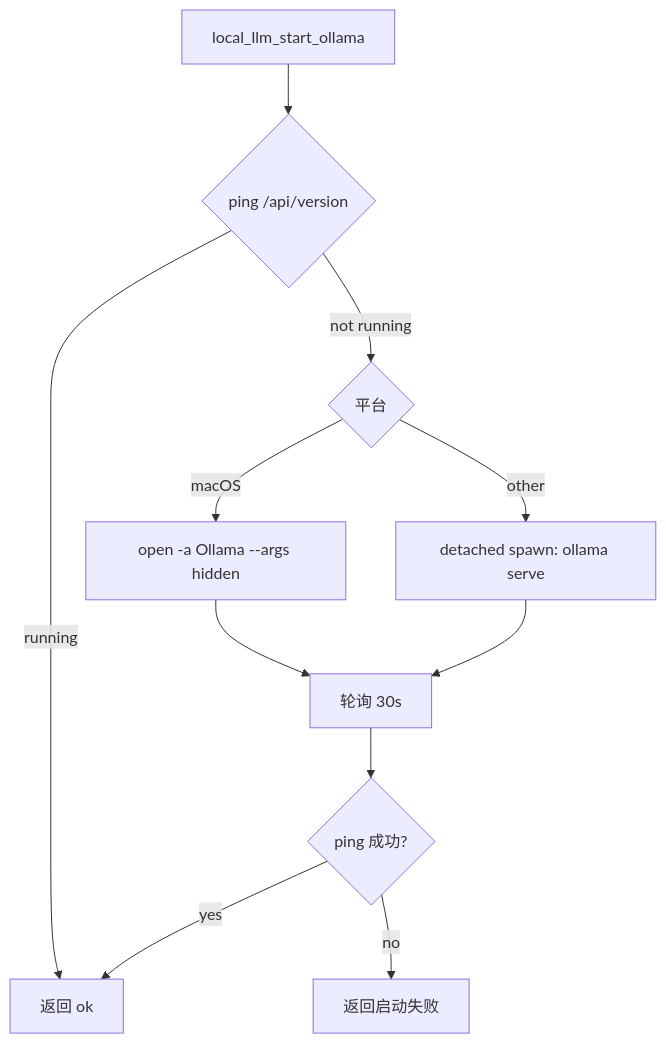
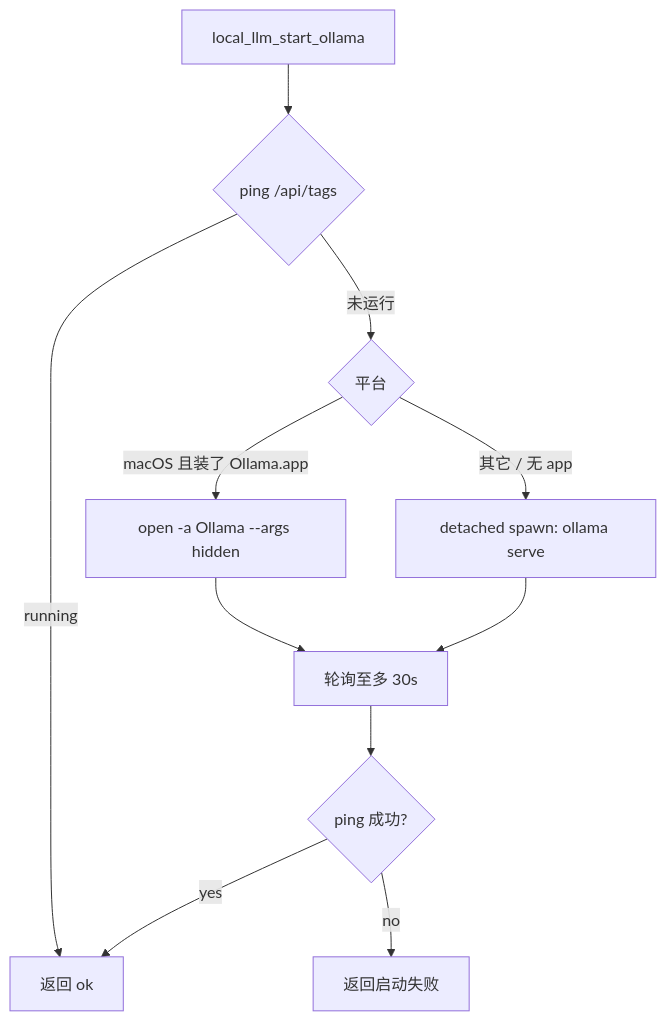
The third of 8 diagrams in docs/architecture/local-model-loading.md (shiwenwen/hope-agent), drawn with Mermaid before and after one commit. The commit also changed other lines of this file and 11 other files, not shown here.

````diff
--- a/docs/architecture/local-model-loading.md
+++ b/docs/architecture/local-model-loading.md
@@ -95,13 +158,13 @@
 ```mermaid
 flowchart TD
-  A["local_llm_start_ollama"] --> B{"ping /api/version"}
+  A["local_llm_start_ollama"] --> B{"ping /api/tags"}
   B -- running --> Done["返回 ok"]
-  B -- not running --> C{"平台"}
-  C -- macOS --> D["open -a Ollama --args hidden"]
-  C -- other --> E["detached spawn: ollama serve"]
-  D --> Wait["轮询 30s"]
+  B -- 未运行 --> C{"平台"}
+  C -- "macOS 且装了 Ollama.app" --> D["open -a Ollama --args hidden"]
+  C -- "其它 / 无 app" --> E["detached spawn: ollama serve"]
+  D --> Wait["轮询至多 30s"]
   E --> Wait
   Wait --> F{"ping 成功?"}
   F -- yes --> Done
   F -- no --> Err["返回启动失败"]
 ```
````
